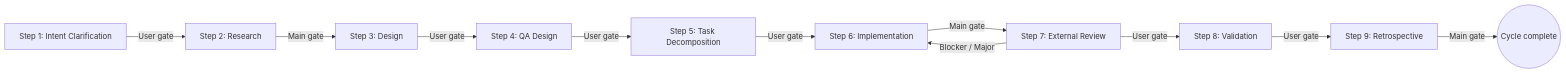
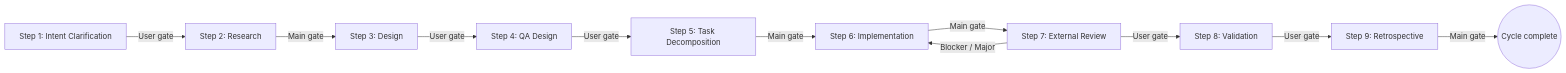
The diagram in plugins/dev-workflow/skills/dev-workflow/SKILL.md (totto2727-org/monorepo), drawn with Mermaid before and after one commit. The commit also changed other lines of this file and 1 other file, not shown here.

Commit message:
refactor(dev-workflow): switch Step 5 gate from User to Main
Step 5 (Task Decomposition) is a mechanical refinement of the design
that the user already approved in Step 3 (and the test surface
approved in Step 4). Requiring a separate user-approval gate adds
friction without materially affecting the cycle outcome, so promote
the gate to Main judgment.

Updated:
- step-task-decomposition/SKILL.md: rewrite Purpose / Procedure
  steps 6-7 / Gate to reflect Main-owned advancement. Blocker
  escalation still flows through the In-Progress user-inquiry path.
- dev-workflow/SKILL.md: update the workflow mermaid diagram (S5 -> S6
  edge) and the step list table (Gate column for Step 5) to "Main".

````diff
--- a/plugins/dev-workflow/skills/dev-workflow/SKILL.md
+++ b/plugins/dev-workflow/skills/dev-workflow/SKILL.md
@@ -46,13 +46,13 @@
 ```mermaid
 flowchart LR
     S1[Step 1: Intent Clarification] -->|User gate| S2[Step 2: Research]
     S2 -->|Main gate| S3[Step 3: Design]
     S3 -->|User gate| S4[Step 4: QA Design]
     S4 -->|User gate| S5[Step 5: Task Decomposition]
-    S5 -->|User gate| S6[Step 6: Implementation]
+    S5 -->|Main gate| S6[Step 6: Implementation]
     S6 -->|Main gate| S7[Step 7: External Review]
     S7 -->|Blocker / Major| S6
     S7 -->|User gate| S8[Step 8: Validation]
     S8 -->|User gate| S9[Step 9: Retrospective]
     S9 -->|Main gate| Done((Cycle complete))
 ```
````
